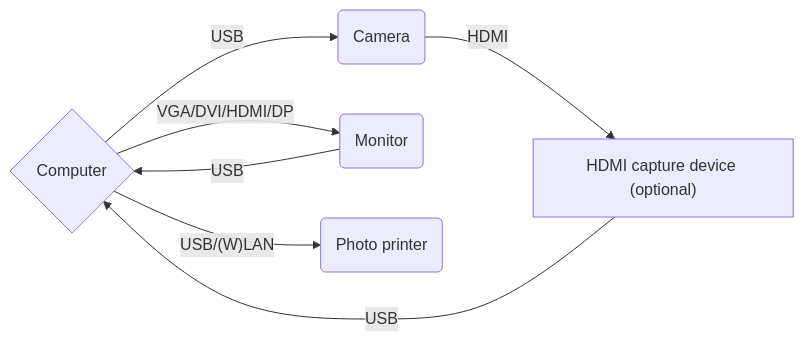
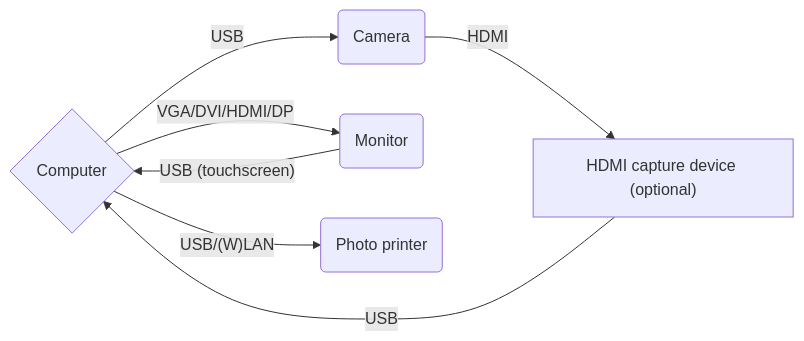
One commit to momentobooth/momentobooth changed the second of 2 diagrams in documentation/src/getting_started.md. Above: the diagram before and after it, drawn with Mermaid. The commit also changed other lines of this file, not shown here.

````diff
--- a/documentation/src/getting_started.md
+++ b/documentation/src/getting_started.md
@@ -60,10 +69,10 @@
 ```mermaid
 graph LR
     C{Computer} -- USB --> A(Camera)
     H["HDMI capture device (optional)"] -- USB --> C{Computer}
     A -- HDMI --> H
-    M -- USB --> C
+    M -- "USB (touchscreen)" --> C
     C{Computer} -- VGA/DVI/HDMI/DP --> M(Monitor)
     C{Computer} -- "USB/(W)LAN" --> P(Photo printer)
 
 ```
````
